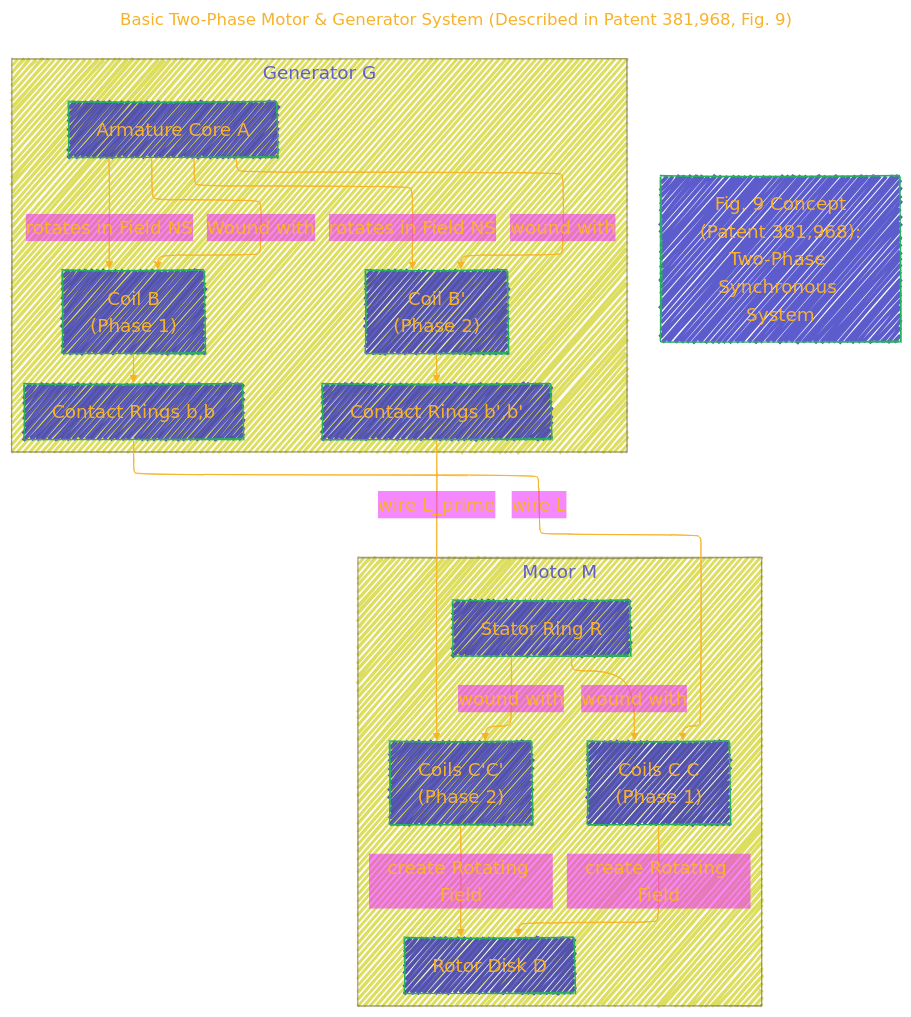
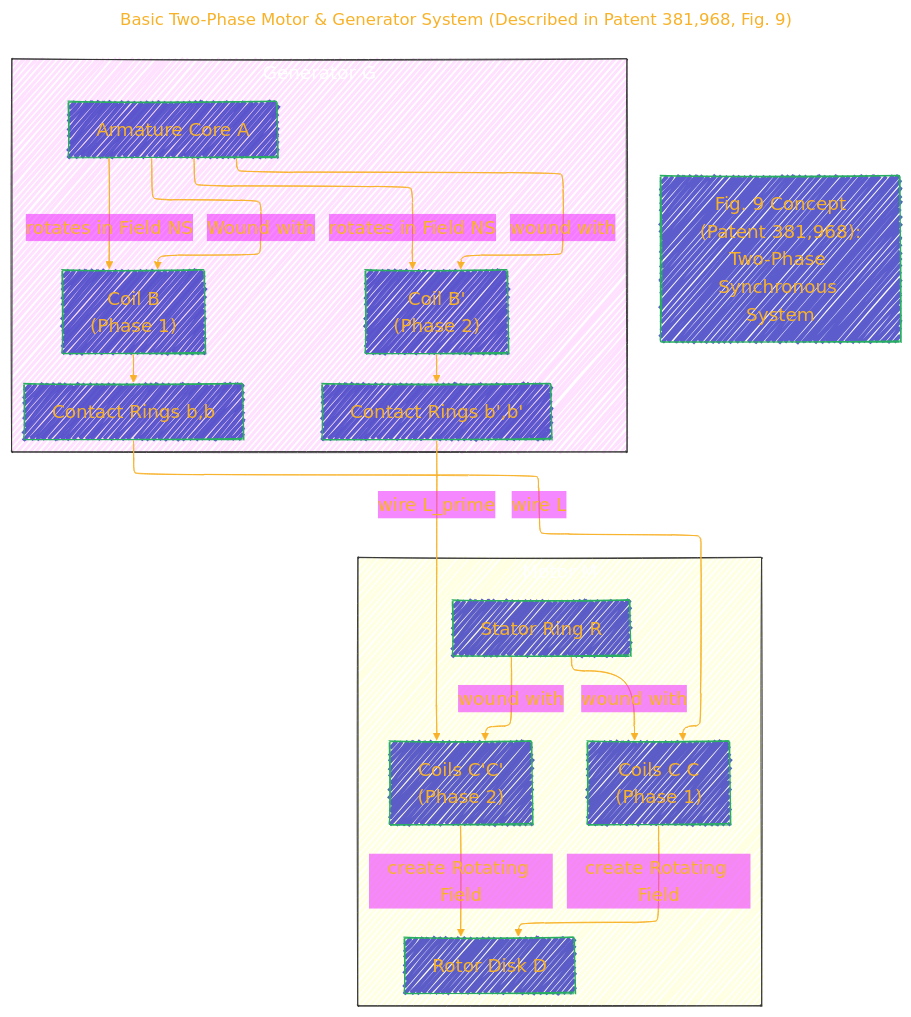
The fifth of 14 diagrams in BOOK_Transmission_of_Power_POLYPHASE_SYSTEM_Tesla_patents/BOOK_Transmission_of_Power_POLYPHASE_SYSTEM_Tesla_patents.md (CongLeSolutionX/Nikola_Tesla), drawn with Mermaid before and after one commit. The commit also changed other lines of this file, not shown here.

````diff
--- a/BOOK_Transmission_of_Power_POLYPHASE_SYSTEM_Tesla_patents/BOOK_Transmission_of_Power_POLYPHASE_SYSTEM_Tesla_patents.md
+++ b/BOOK_Transmission_of_Power_POLYPHASE_SYSTEM_Tesla_patents/BOOK_Transmission_of_Power_POLYPHASE_SYSTEM_Tesla_patents.md
@@ -314,55 +323,57 @@
 ```mermaid
 ---
 title: "Basic Two-Phase Motor & Generator System (Described in Patent 381,968, Fig. 9)"
 author: "Cong Le"
 version: "1.0"
 license(s): "MIT, CC BY-SA 4.0"
 copyright: "Copyright (c) 2025 Cong Le. All Rights Reserved."
 config:
   layout: elk
   theme: base
   look: handDrawn
 ---
 %%%%%%%% Mermaid version v11.4.1-b.14
 %%%%%%%% Available curve styles include the following keywords:
 %% basis, bumpX, bumpY, cardinal, catmullRom, linear, monotoneX, monotoneY, natural, step, stepAfter, stepBefore.
 %%{
   init: {
     'flowchart': { 'htmlLabels': true, 'curve': 'basis' },
     'fontFamily': 'American Typewriter, monospace',
     'logLevel': 'fatal',
     'themeVariables': {
       'primaryColor': '#22BB',
       'primaryTextColor': '#F8B229',
       'lineColor': '#F8B229',
       'primaryBorderColor': '#27AE60',
       'secondaryColor': '#E2F1',
       'secondaryTextColor': '#6C3483',
       'secondaryBorderColor': '#A569BD',
       'fontSize': '20px'
     }
   }
 }%%
 flowchart TD
     subgraph Generator_G["Generator G"]
+    style Generator_G fill:#F2F2,stroke:#333,stroke-width:1px, color: #FFFF
     direction LR
         GenCore[Armature Core A] -- Wound with --> GenCoilB["Coil B<br/>(Phase 1)"]
         GenCore -- wound with --> GenCoilBprime["Coil B'<br/>(Phase 2)"]
         GenCoilB --> Rings_b["Contact Rings b,b"]
         GenCoilBprime --> Rings_bprime["Contact Rings b',b'"]
     end
 
     subgraph Motor_M["Motor M"]
+    style Motor_M fill:#FF22,stroke:#333,stroke-width:1px, color: #FFFF
     direction LR
         MotorRing[Stator Ring R] -- wound with --> MotorCoilC["Coils C C<br/>(Phase 1)"]
         MotorRing -- wound with --> MotorCoilCprime["Coils C'C'<br/>(Phase 2)"]
         MotorRotor[Rotor Disk D]
     end
 
     Rings_b -- wire L --> MotorCoilC
     Rings_bprime -- wire L_prime --> MotorCoilCprime
 
     GenCore -- rotates in Field NS --> GenCoilB & GenCoilBprime
     MotorCoilC & MotorCoilCprime -- create Rotating Field --> MotorRotor
     Title1["Fig. 9 Concept<br/>(Patent 381,968):<br/>Two-Phase Synchronous System"]
 ```
````
